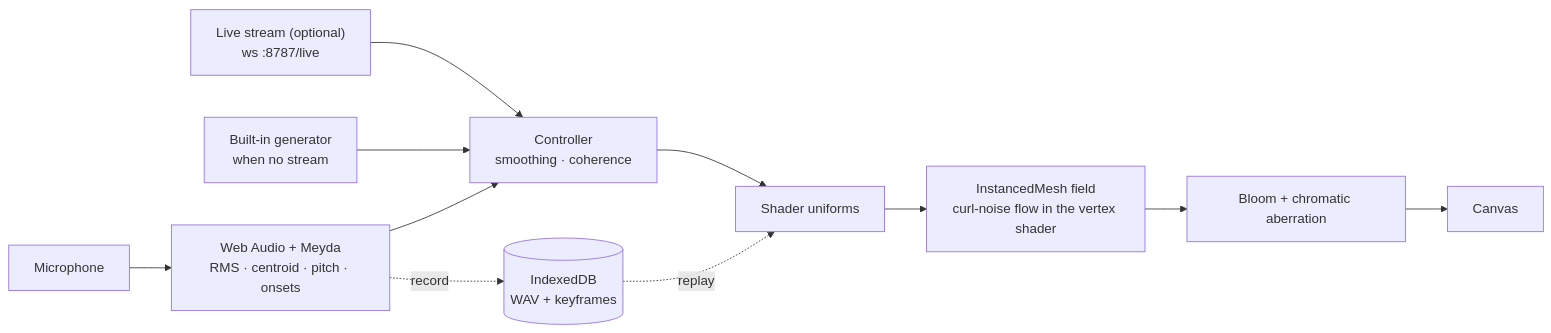
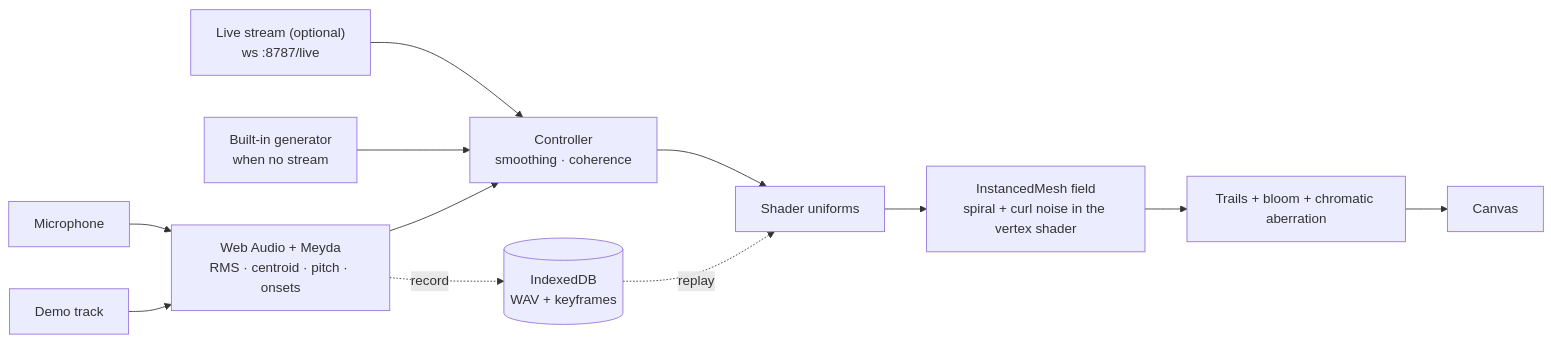
The diagram in README.md (Lyrapower/voice-garden), drawn with Mermaid before and after one commit. The commit also changed other lines of this file and 11 other files, not shown here.

````diff
--- a/README.md
+++ b/README.md
@@ -30,12 +31,13 @@
 ```mermaid
 flowchart LR
   mic[Microphone] --> wa[Web Audio + Meyda<br/>RMS · centroid · pitch · onsets]
+  demo[Demo track] --> wa
   live["Live stream (optional)<br/>ws :8787/live"] --> ctl
   gen[Built-in generator<br/>when no stream] --> ctl
   wa --> ctl[Controller<br/>smoothing · coherence]
   ctl --> u[Shader uniforms]
-  u --> field[InstancedMesh field<br/>curl-noise flow in the vertex shader]
-  field --> post[Bloom + chromatic aberration] --> screen[Canvas]
+  u --> field[InstancedMesh field<br/>spiral + curl noise in the vertex shader]
+  field --> post[Trails + bloom + chromatic aberration] --> screen[Canvas]
   wa -. record .-> idb[(IndexedDB<br/>WAV + keyframes)]
   idb -. replay .-> u
 ```
````
